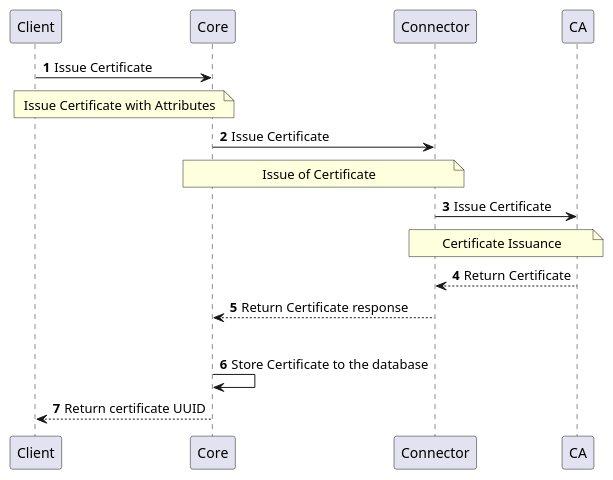
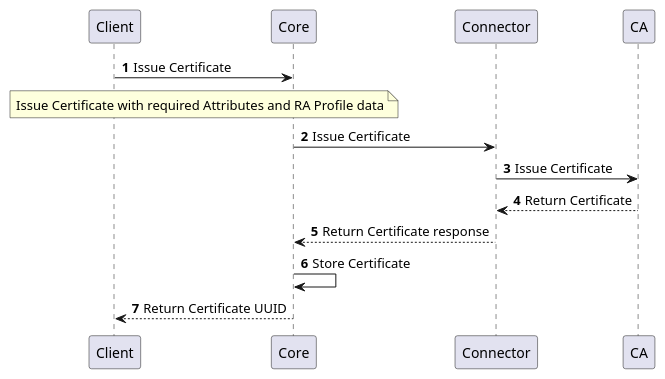
Before and after one commit to CZERTAINLY/CZERTAINLY-Documentation: the fifth of 6 diagrams in docs/12-connectors/05-description/22-authority-provider-legacy.md, drawn with PlantUML. The commit also changed other lines of this file and 8 other files, not shown here.

First line of the commit message:
Update description of plantuml diagrams on the providers

````diff
--- a/docs/12-connectors/05-description/22-authority-provider-legacy.md
+++ b/docs/12-connectors/05-description/22-authority-provider-legacy.md
@@ -45,17 +105,14 @@
 ```plantuml
     @startuml
     autonumber
     skinparam topurl https://docs.czertainly.com/api/
         Client -> Core [[core-client-operations/#tag/Legacy-Client-Operations-API/operation/issueCertificate_1]]: Issue Certificate
-        note over Client,Core: Issue Certificate with Attributes
+        note over Client,Core: Issue Certificate with required Attributes and RA Profile data
         Core -> Connector [[connector-authority-provider-legacy/#tag/Certificate-Management-API/operation/issueCertificate]]: Issue Certificate
-        note over Core,Connector: Issue of Certificate
         Connector -> CA: Issue Certificate
-        note over Connector,CA: Certificate Issuance
         CA --> Connector: Return Certificate
         Connector --> Core: Return Certificate response
-        |||
-        Core -> Core : Store Certificate to the database
-        Core --> Client: Return certificate UUID
+        Core -> Core : Store Certificate
+        Core --> Client: Return Certificate UUID
     @enduml
 ```
````
